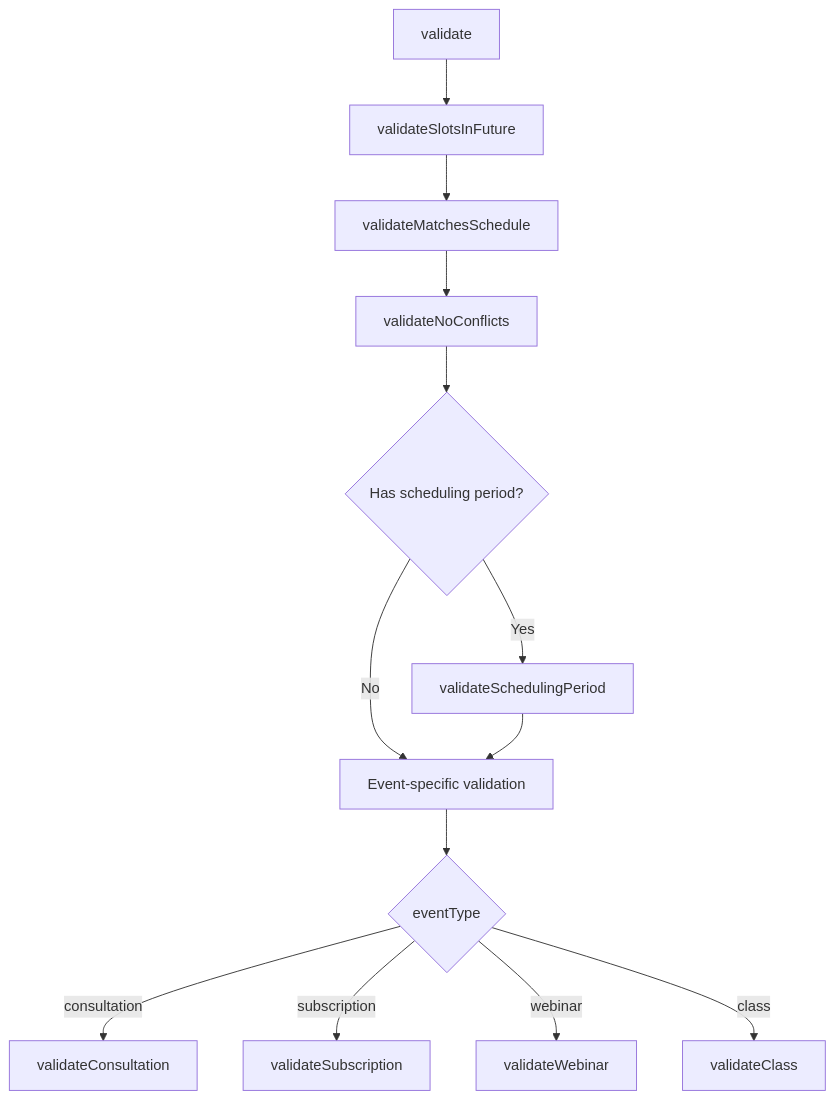
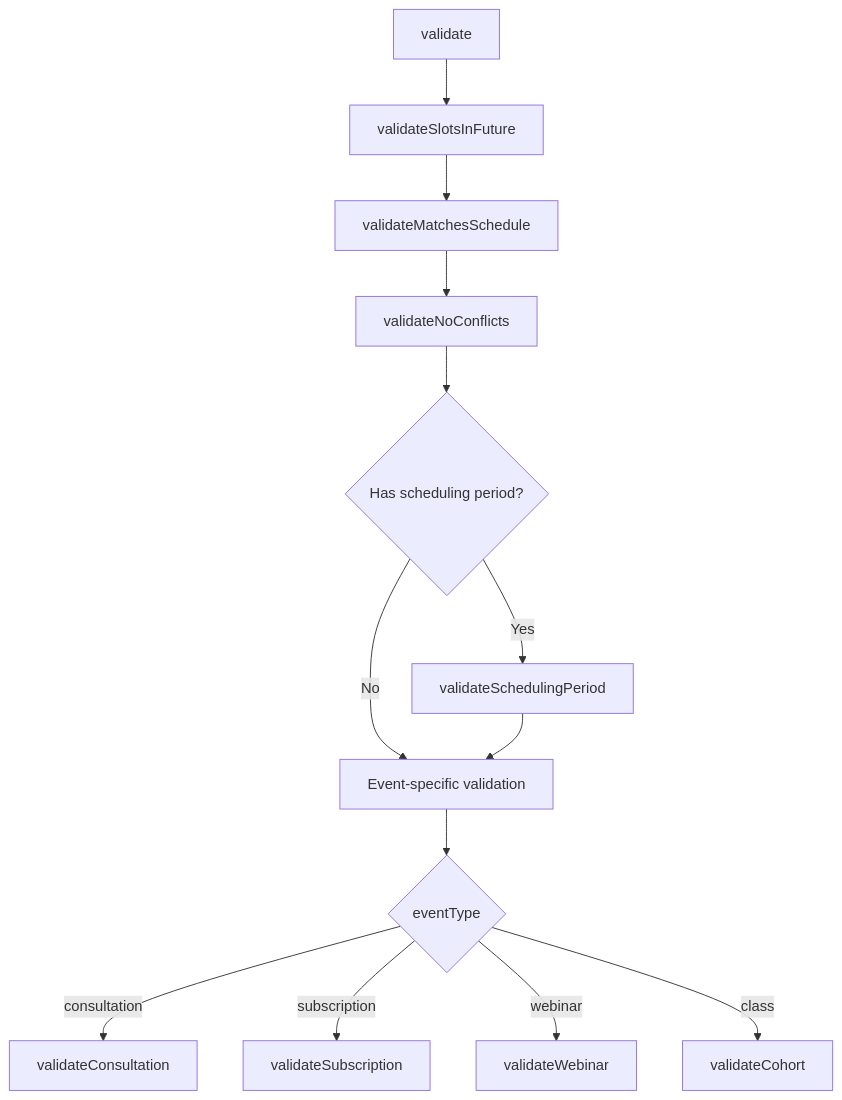
One commit to Practitionist/familiarise_web changed the fifth of 5 diagrams in docs/booking/02-event-types-and-validation.md. Above: the diagram before and after it, drawn with Mermaid. The commit also changed other lines of this file and 89 other files, not shown here.

````diff
--- a/docs/booking/02-event-types-and-validation.md
+++ b/docs/booking/02-event-types-and-validation.md
@@ -241,16 +241,16 @@
 ```mermaid
 flowchart TD
     A[validate] --> B[validateSlotsInFuture]
     B --> C[validateMatchesSchedule]
     C --> D[validateNoConflicts]
     D --> E{Has scheduling period?}
     E -->|Yes| F[validateSchedulingPeriod]
     E -->|No| G[Event-specific validation]
     F --> G
 
     G --> H{eventType}
     H -->|consultation| I[validateConsultation]
     H -->|subscription| J[validateSubscription]
     H -->|webinar| K[validateWebinar]
-    H -->|class| L[validateClass]
+    H -->|class| L[validateCohort]
 ```
````
